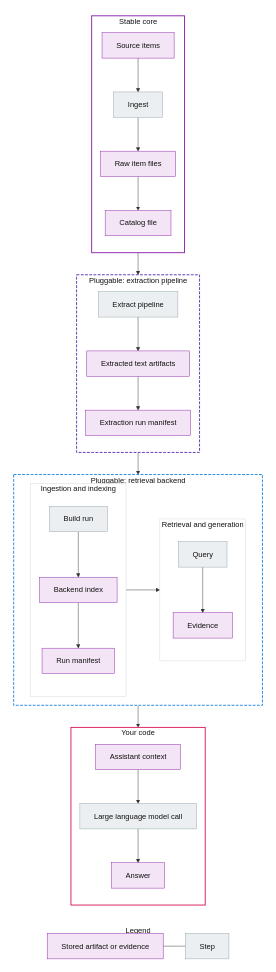
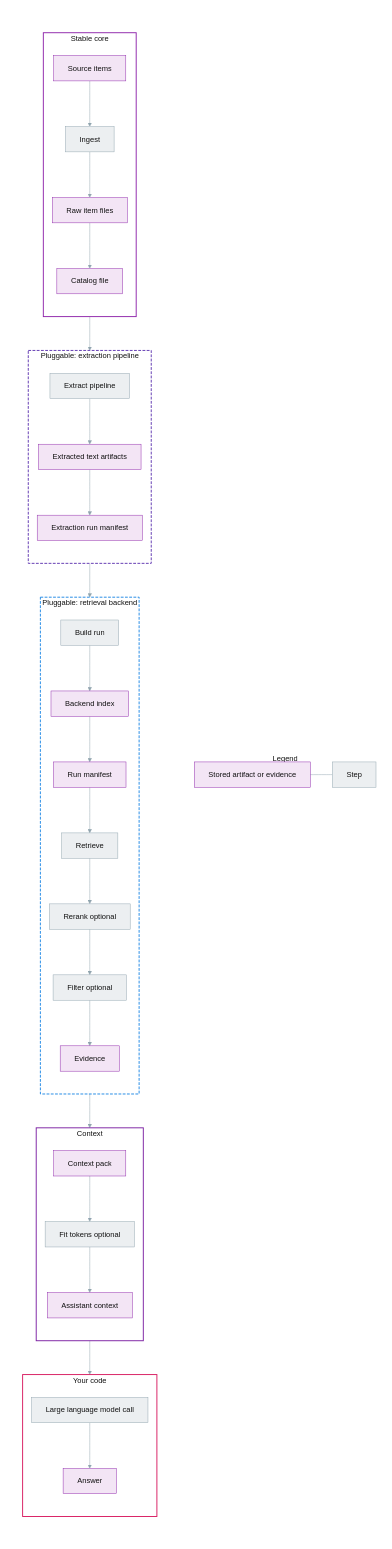
The second of 2 diagrams in README.md (AnthusAI/Biblicus), drawn with Mermaid before and after one commit. The commit also changed other lines of this file and 18 other files, not shown here.

Commit message:
feat: retrieval evidence pipeline

````diff
--- a/README.md
+++ b/README.md
@@ -44,82 +260,76 @@
 ```mermaid
-%%{init: {"flowchart": {"useMaxWidth": true, "nodeSpacing": 18, "rankSpacing": 22}}}%%
-flowchart LR
+%%{init: {"theme": "base", "themeVariables": {"primaryColor": "#f3e5f5", "primaryTextColor": "#111111", "primaryBorderColor": "#8e24aa", "lineColor": "#90a4ae", "secondaryColor": "#eceff1", "tertiaryColor": "#ffffff"}, "flowchart": {"useMaxWidth": true, "nodeSpacing": 18, "rankSpacing": 22}}}%%
+flowchart TB
   subgraph Legend[Legend]
     direction LR
     LegendArtifact[Stored artifact or evidence]
     LegendStep[Step]
     LegendArtifact --- LegendStep
   end
 
   subgraph Main[" "]
     direction TB
 
-    subgraph StableCore[Stable core]
+    subgraph Pipeline[" "]
       direction TB
-      Source[Source items] --> Ingest[Ingest]
-      Ingest --> Raw[Raw item files]
-      Raw --> Catalog[Catalog file]
-    end
 
-    subgraph PluggableExtractionPipeline[Pluggable: extraction pipeline]
-      direction TB
-      Catalog --> Extract[Extract pipeline]
-      Extract --> ExtractedText[Extracted text artifacts]
-      ExtractedText --> ExtractionRun[Extraction run manifest]
-    end
-
-    subgraph PluggableRetrievalBackend[Pluggable: retrieval backend]
-      direction LR
-
-      subgraph BackendIngestionIndexing[Ingestion and indexing]
+      subgraph RowStable[Stable core]
         direction TB
-        ExtractionRun --> Build[Build run]
-        Build --> BackendIndex[Backend index]
-        BackendIndex --> Run[Run manifest]
+        Source[Source items] --> Ingest[Ingest] --> Raw[Raw item files] --> Catalog[Catalog file]
       end
 
-      subgraph BackendRetrievalGeneration[Retrieval and generation]
+      subgraph RowExtraction[Pluggable: extraction pipeline]
         direction TB
-        Run --> Query[Query]
-        Query --> Evidence[Evidence]
+        Catalog --> Extract[Extract pipeline] --> ExtractedText[Extracted text artifacts] --> ExtractionRun[Extraction run manifest]
+      end
+
+      subgraph RowRetrieval[Pluggable: retrieval backend]
+        direction TB
+        ExtractionRun --> Build[Build run] --> BackendIndex[Backend index] --> Run[Run manifest] --> Retrieve[Retrieve] --> Rerank[Rerank optional] --> Filter[Filter optional] --> Evidence[Evidence]
+      end
+
+      subgraph RowContext[Context]
+        direction TB
+        Evidence --> ContextPack[Context pack] --> FitTokens[Fit tokens optional] --> Context[Assistant context]
+      end
+
+      subgraph RowYourCode[Your code]
+        direction TB
+        Context --> Model[Large language model call] --> Answer[Answer]
       end
     end
 
-    Evidence --> Context
-
-    subgraph YourCode[Your code]
-      direction TB
-      Context[Assistant context] --> Model[Large language model call]
-      Model --> Answer[Answer]
-    end
-
-    style StableCore fill:#ffffff,stroke:#8e24aa,stroke-width:2px,color:#111111
-    style PluggableExtractionPipeline fill:#ffffff,stroke:#5e35b1,stroke-dasharray:6 3,stroke-width:2px,color:#111111
-    style PluggableRetrievalBackend fill:#ffffff,stroke:#1e88e5,stroke-dasharray:6 3,stroke-width:2px,color:#111111
-    style YourCode fill:#ffffff,stroke:#d81b60,stroke-width:2px,color:#111111
-    style BackendIngestionIndexing fill:#ffffff,stroke:#cfd8dc,color:#111111
-    style BackendRetrievalGeneration fill:#ffffff,stroke:#cfd8dc,color:#111111
+    style RowStable fill:#ffffff,stroke:#8e24aa,stroke-width:2px,color:#111111
+    style RowExtraction fill:#ffffff,stroke:#5e35b1,stroke-dasharray:6 3,stroke-width:2px,color:#111111
+    style RowRetrieval fill:#ffffff,stroke:#1e88e5,stroke-dasharray:6 3,stroke-width:2px,color:#111111
+    style RowContext fill:#ffffff,stroke:#7b1fa2,stroke-width:2px,color:#111111
+    style RowYourCode fill:#ffffff,stroke:#d81b60,stroke-width:2px,color:#111111
 
     style Raw fill:#f3e5f5,stroke:#8e24aa,color:#111111
     style Catalog fill:#f3e5f5,stroke:#8e24aa,color:#111111
     style ExtractedText fill:#f3e5f5,stroke:#8e24aa,color:#111111
     style ExtractionRun fill:#f3e5f5,stroke:#8e24aa,color:#111111
     style BackendIndex fill:#f3e5f5,stroke:#8e24aa,color:#111111
     style Run fill:#f3e5f5,stroke:#8e24aa,color:#111111
     style Evidence fill:#f3e5f5,stroke:#8e24aa,color:#111111
+    style ContextPack fill:#f3e5f5,stroke:#8e24aa,color:#111111
     style Context fill:#f3e5f5,stroke:#8e24aa,color:#111111
     style Answer fill:#f3e5f5,stroke:#8e24aa,color:#111111
     style Source fill:#f3e5f5,stroke:#8e24aa,color:#111111
 
     style Ingest fill:#eceff1,stroke:#90a4ae,color:#111111
     style Extract fill:#eceff1,stroke:#90a4ae,color:#111111
     style Build fill:#eceff1,stroke:#90a4ae,color:#111111
-    style Query fill:#eceff1,stroke:#90a4ae,color:#111111
+    style Retrieve fill:#eceff1,stroke:#90a4ae,color:#111111
+    style Rerank fill:#eceff1,stroke:#90a4ae,color:#111111
+    style Filter fill:#eceff1,stroke:#90a4ae,color:#111111
+    style FitTokens fill:#eceff1,stroke:#90a4ae,color:#111111
     style Model fill:#eceff1,stroke:#90a4ae,color:#111111
   end
 
   style Legend fill:#ffffff,stroke:#ffffff,color:#111111
   style Main fill:#ffffff,stroke:#ffffff,color:#111111
+  style Pipeline fill:#ffffff,stroke:#ffffff,color:#111111
   style LegendArtifact fill:#f3e5f5,stroke:#8e24aa,color:#111111
   style LegendStep fill:#eceff1,stroke:#90a4ae,color:#111111
 ```
````
